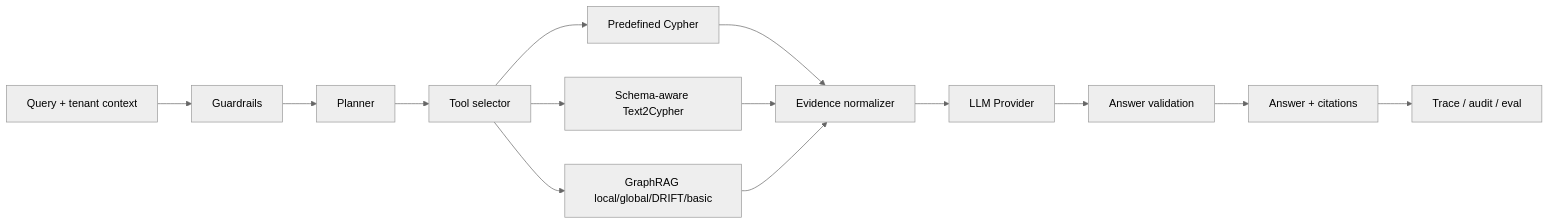
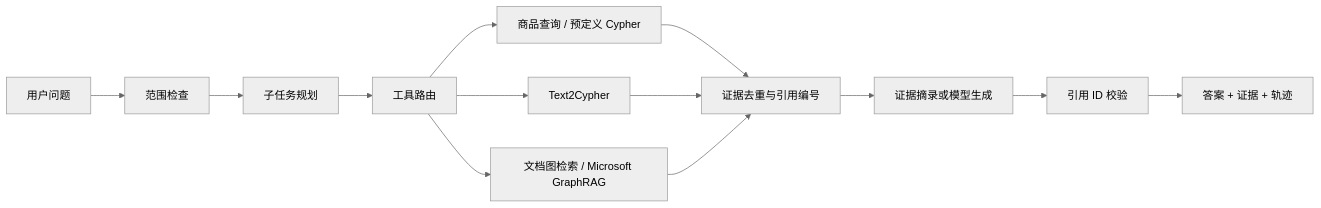
Before and after one commit to thecatcarryingakeyboard/EvidenceGraphAgent: the diagram in README.md, drawn with Mermaid (neutral theme). The commit also changed other lines of this file and 39 other files, not shown here.

Commit message:
feat: strengthen evidence-grounded graph agent and public documentation

````diff
--- a/README.md
+++ b/README.md
@@ -39,16 +69,15 @@
 ```mermaid
 flowchart LR
-    U[Query + tenant context] --> G[Guardrails]
-    G --> P[Planner]
-    P --> S[Tool selector]
-    S --> C[Predefined Cypher]
-    S --> T[Schema-aware Text2Cypher]
-    S --> R[GraphRAG local/global/DRIFT/basic]
-    C --> M[Evidence normalizer]
-    T --> M
-    R --> M
-    M --> L[LLM Provider]
-    L --> V[Answer validation]
-    V --> A[Answer + citations]
-    A --> X[Trace / audit / eval]
+    Q[用户问题] --> G[范围检查]
+    G --> P[子任务规划]
+    P --> R[工具路由]
+    R --> S[商品查询 / 预定义 Cypher]
+    R --> T[Text2Cypher]
+    R --> D[文档图检索 / Microsoft GraphRAG]
+    S --> E[证据去重与引用编号]
+    T --> E
+    D --> E
+    E --> A[证据摘录或模型生成]
+    A --> V[引用 ID 校验]
+    V --> O[答案 + 证据 + 轨迹]
 ```
````
